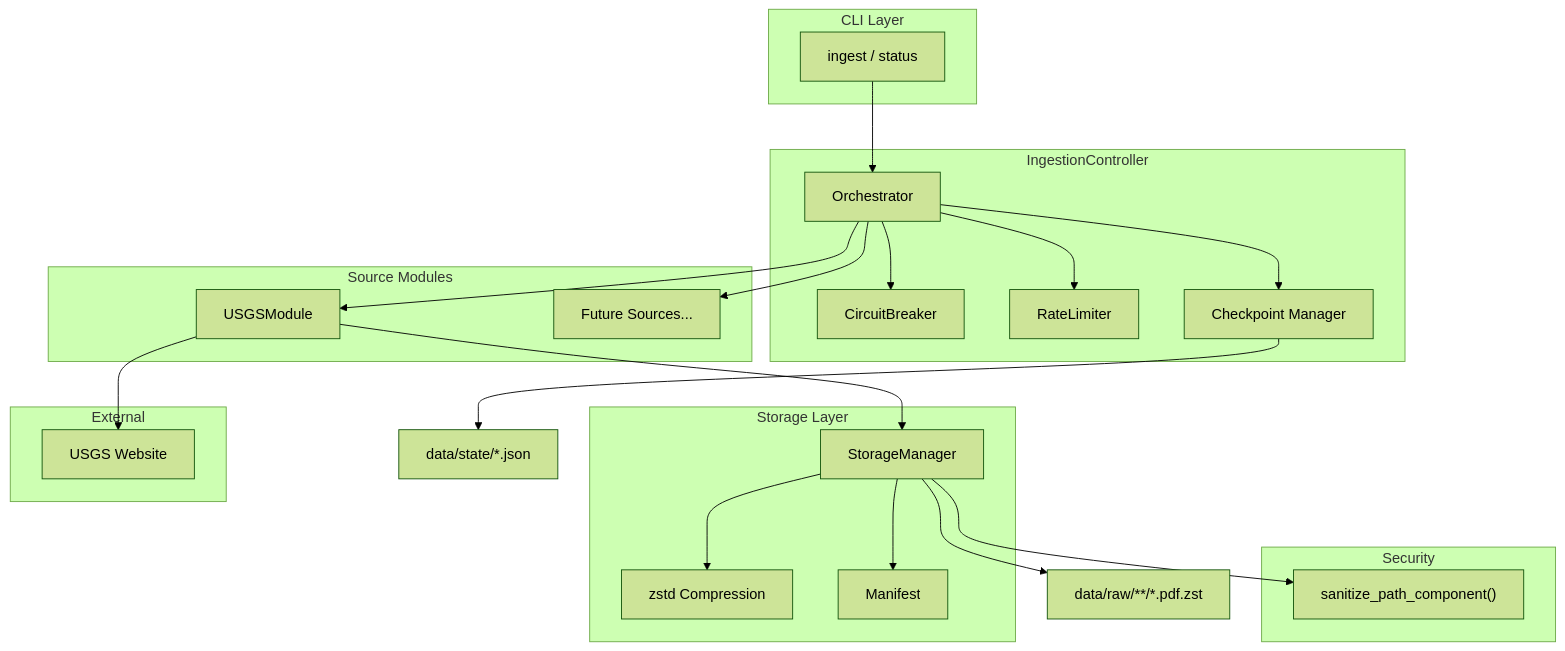
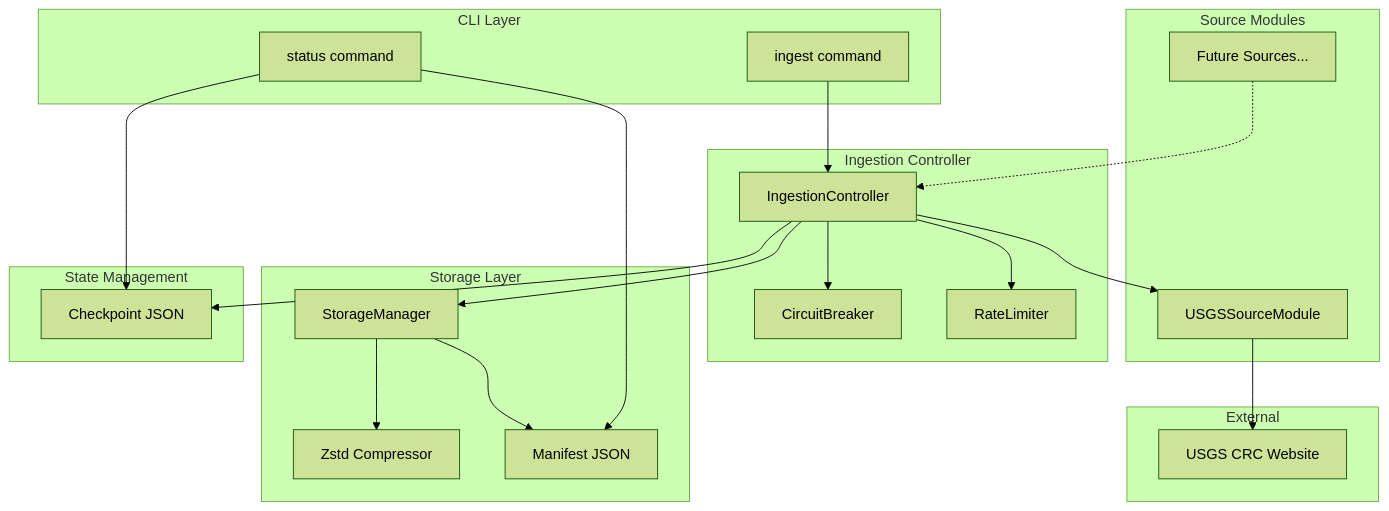
One commit to martymcenroe/RCA-PDF-extraction-pipeline changed the diagram in docs/lld/active/LLD-023.md. Above: the diagram before and after it, drawn with Mermaid (forest theme). The commit also changed other lines of this file and 10 other files, not shown here.

````diff
--- a/docs/lld/active/LLD-023.md
+++ b/docs/lld/active/LLD-023.md
@@ -546,49 +438,48 @@
 ```mermaid
 flowchart TB
     subgraph CLI["CLI Layer"]
-        CMD["ingest / status"]
+        CMD[ingest command]
+        STATUS[status command]
     end
+
+    subgraph Controller["Ingestion Controller"]
+        CTRL[IngestionController]
+        CB[CircuitBreaker]
+        RL[RateLimiter]
+    end
+
+    subgraph Sources["Source Modules"]
+        USGS[USGSSourceModule]
+        FUTURE[Future Sources...]
+    end
+
+    subgraph Storage["Storage Layer"]
+        SM[StorageManager]
+        ZSTD[Zstd Compressor]
+        MANIFEST[Manifest JSON]
+    end
+
+    subgraph State["State Management"]
+        CHECKPOINT[Checkpoint JSON]
+    end
+
+    subgraph External["External"]
+        USGS_API[USGS CRC Website]
+    end
+
+    CMD --> CTRL
+    STATUS --> CHECKPOINT
+    STATUS --> MANIFEST
     
-    subgraph Controller["IngestionController"]
-        ORCH["Orchestrator"]
-        CB["CircuitBreaker"]
-        RL["RateLimiter"]
-        CP["Checkpoint Manager"]
-    end
+    CTRL --> CB
+    CTRL --> RL
+    CTRL --> USGS
+    CTRL --> SM
+    CTRL --> CHECKPOINT
     
-    subgraph Sources["Source Modules"]
-        USGS["USGSModule"]
-        FUTURE["Future Sources..."]
-    end
+    USGS --> USGS_API
+    FUTURE -.-> CTRL
     
-    subgraph Storage["Storage Layer"]
-        SM["StorageManager"]
-        ZSTD["zstd Compression"]
-        MAN["Manifest"]
-    end
-    
-    subgraph Security["Security"]
-        SAN["sanitize_path_component()"]
-    end
-    
-    subgraph External["External"]
-        WEB["USGS Website"]
-    end
-    
-    CMD --> ORCH
-    ORCH --> CB
-    ORCH --> RL
-    ORCH --> CP
-    ORCH --> USGS
-    ORCH --> FUTURE
-    
-    USGS --> WEB
-    USGS --> SM
-    
-    SM --> SAN
     SM --> ZSTD
-    SM --> MAN
-    
-    CP --> STATE["data/state/*.json"]
-    SM --> RAW["data/raw/**/*.pdf.zst"]
+    SM --> MANIFEST
 ```
````
